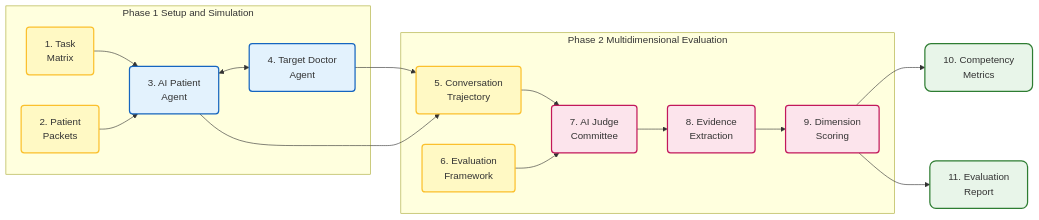
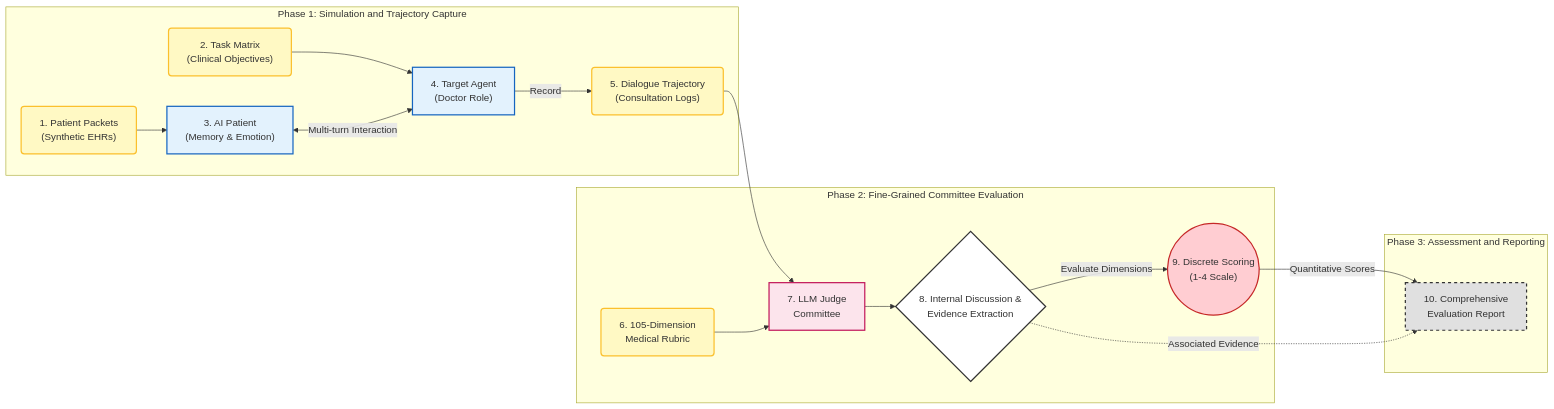
One commit to hhtrocket/HHT-Benchmark-dataset changed the first of 5 diagrams in Literature Review/brief report 2.md. Above: the diagram before and after it, drawn with Mermaid.

Commit message:
Update brief report 2.md

````diff
--- a/Literature Review/brief report 2.md
+++ b/Literature Review/brief report 2.md
@@ -17,39 +17,45 @@
 ```mermaid
 graph LR
-    classDef phase1 fill:#e3f2fd,stroke:#1565c0,stroke-width:2px,rx:5,ry:5;
-    classDef phase2 fill:#fce4ec,stroke:#c2185b,stroke-width:2px,rx:5,ry:5;
+    %% Style Definitions
     classDef input fill:#fff9c4,stroke:#fbc02d,stroke-width:2px,rx:5,ry:5;
-    classDef report fill:#e8f5e9,stroke:#2e7d32,stroke-width:2px,rx:10,ry:10;
+    classDef phase1 fill:#e3f2fd,stroke:#1565c0,stroke-width:2px;
+    classDef phase2 fill:#fce4ec,stroke:#c2185b,stroke-width:2px;
+    classDef decision fill:#ffffff,stroke:#333,stroke-width:2px,shape:diamond;
+    classDef score fill:#ffcdd2,stroke:#c62828,stroke-width:2px,rx:50,ry:50;
+    classDef report fill:#e0e0e0,stroke:#333,stroke-width:2px,stroke-dasharray: 5 5;
 
-    subgraph Phase1 [Phase 1 Setup and Simulation]
-        Task["1. Task<br/>Matrix"]:::input
-        Data["2. Patient<br/>Packets"]:::input
-        SimUser["3. AI Patient<br/>Agent"]:::phase1
-        Agent["4. Target Doctor<br/>Agent"]:::phase1
-        
-        Task --> SimUser
-        Data --> SimUser
-        SimUser <--> Agent
+    %% === Phase 1: Environment Construction and Simulation ===
+    subgraph P1 ["Phase 1: Simulation and Trajectory Capture"]
+        N1["1. Patient Packets<br/>(Synthetic EHRs)"]:::input
+        N2["2. Task Matrix<br/>(Clinical Objectives)"]:::input
+        N3["3. AI Patient<br/>(Memory & Emotion)"]:::phase1
+        N4["4. Target Agent<br/>(Doctor Role)"]:::phase1
+        N5["5. Dialogue Trajectory<br/>(Consultation Logs)"]:::input
+
+        N1 --> N3
+        N2 --> N4
+        N3 <-->|"Multi-turn Interaction"| N4
+        N4 -->|"Record"| N5
     end
 
-    subgraph Phase2 [Phase 2 Multidimensional Evaluation]
-        Trace["5. Conversation<br/>Trajectory"]:::input
-        Rubric["6. Evaluation<br/>Framework"]:::input
-        Judge["7. AI Judge<br/>Committee"]:::phase2
-        Extract["8. Evidence<br/>Extraction"]:::phase2
-        Score["9. Dimension<br/>Scoring"]:::phase2
-        
-        Agent --> Trace
-        SimUser --> Trace
-        Trace --> Judge
-        Rubric --> Judge
-        Judge --> Extract
-        Extract --> Score
+    %% === Phase 2: Multidimensional Evaluation ===
+    subgraph P2 ["Phase 2: Fine-Grained Committee Evaluation"]
+        N6["6. 105-Dimension<br/>Medical Rubric"]:::input
+        N7["7. LLM Judge<br/>Committee"]:::phase2
+        N8{"8. Internal Discussion &<br/>Evidence Extraction"}:::decision
+        N9(("9. Discrete Scoring<br/>(1-4 Scale)")):::score
+
+        N5 --> N7
+        N6 --> N7
+        N7 --> N8
+        N8 -->|"Evaluate Dimensions"| N9
     end
 
-    Metrics["10. Competency<br/>Metrics"]:::report
-    Report["11. Evaluation<br/>Report"]:::report
+    %% === Phase 3: Final Assessment ===
+    subgraph P3 ["Phase 3: Assessment and Reporting"]
+        N10["10. Comprehensive<br/>Evaluation Report"]:::report
 
-    Score --> Metrics
-    Score --> Report
+        N9 -->|"Quantitative Scores"| N10
+        N8 -.->|"Associated Evidence"| N10
+    end
 ```
````
